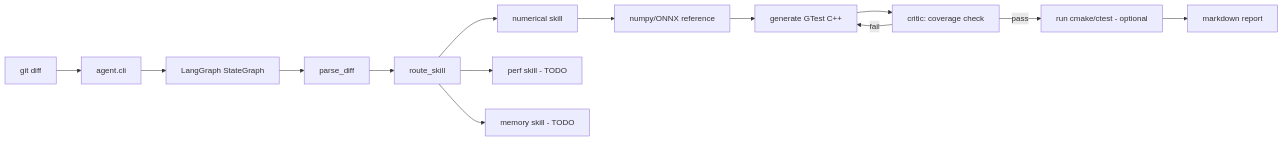
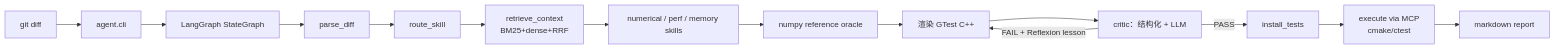
One commit to menglei99/tinyinfer-agent changed the diagram in README.md. Above: the diagram before and after it, drawn with Mermaid. The commit also changed other lines of this file and 12 other files, not shown here.

First line of the commit message:
docs: refresh ROADMAP/ARCHITECTURE/MCP + 4 new devlogs + DEFERRED_VALIDATION

````diff
--- a/README.md
+++ b/README.md
@@ -25,16 +25,16 @@
 ```mermaid
 flowchart LR
     User[git diff] --> CLI[agent.cli]
     CLI --> Graph[LangGraph StateGraph]
     Graph --> ParseDiff[parse_diff]
     ParseDiff --> Route[route_skill]
-    Route --> NumSkill[numerical skill]
-    Route --> PerfSkill[perf skill - TODO]
-    Route --> MemSkill[memory skill - TODO]
-    NumSkill --> Oracle[numpy/ONNX reference]
-    Oracle --> GenTest[generate GTest C++]
-    GenTest --> Critic[critic: coverage check]
-    Critic -->|fail| GenTest
-    Critic -->|pass| Exec[run cmake/ctest - optional]
+    Route --> RAG[retrieve_context<br/>BM25+dense+RRF]
+    RAG --> NumSkill[numerical / perf / memory skills]
+    NumSkill --> Oracle[numpy reference oracle]
+    Oracle --> GenTest[渲染 GTest C++]
+    GenTest --> Critic[critic：结构化 + LLM]
+    Critic -->|FAIL + Reflexion lesson| GenTest
+    Critic -->|PASS| Install[install_tests]
+    Install --> Exec[execute via MCP<br/>cmake/ctest]
     Exec --> Report[markdown report]
 ```
````
